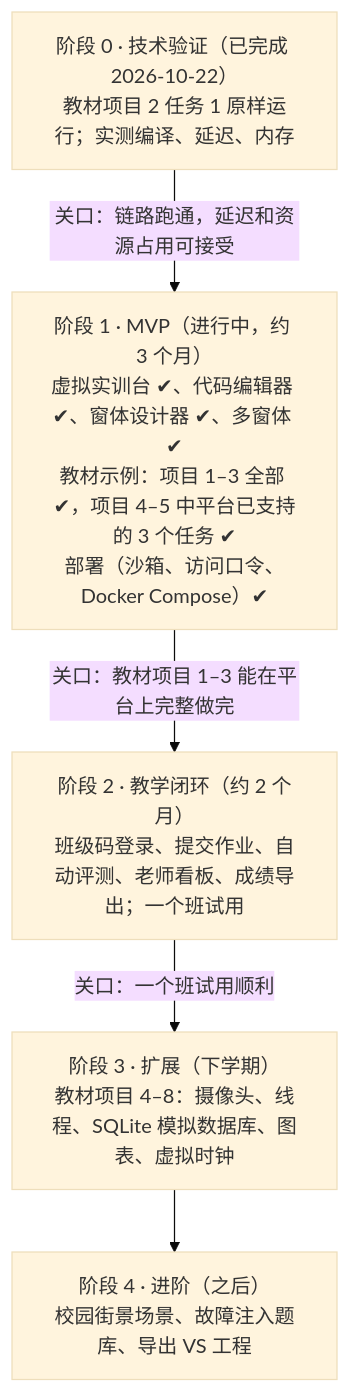
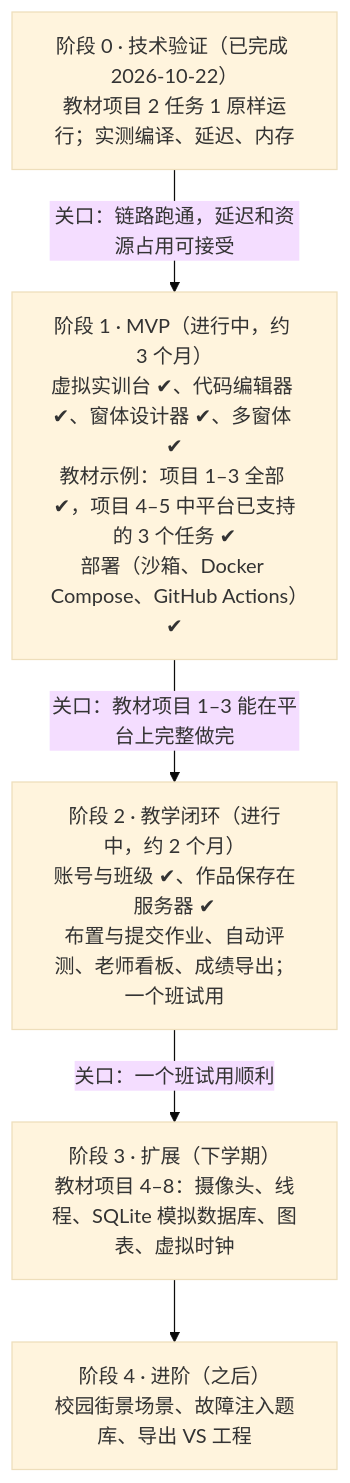
Before and after one commit to yuetsh/IOT_SIM: the second of 2 diagrams in docs/设计方案.md, drawn with Mermaid (base theme). The commit also changed other lines of this file and 30 other files, not shown here.

First line of the commit message:
第 2 阶段：账号与班级，作品保存在服务器

````diff
--- a/docs/设计方案.md
+++ b/docs/设计方案.md
@@ -230,12 +233,12 @@
 ```mermaid
 flowchart TB
   P0["阶段 0 · 技术验证（已完成 2026-10-22）<br/>教材项目 2 任务 1 原样运行；实测编译、延迟、内存"]
-  P1["阶段 1 · MVP（进行中，约 3 个月）<br/>虚拟实训台 ✔、代码编辑器 ✔、窗体设计器 ✔、多窗体 ✔<br/>教材示例：项目 1–3 全部 ✔，项目 4–5 中平台已支持的 3 个任务 ✔<br/>部署（沙箱、访问口令、Docker Compose）✔"]
-  P2["阶段 2 · 教学闭环（约 2 个月）<br/>班级码登录、提交作业、自动评测、老师看板、成绩导出；一个班试用"]
+  P1["阶段 1 · MVP（进行中，约 3 个月）<br/>虚拟实训台 ✔、代码编辑器 ✔、窗体设计器 ✔、多窗体 ✔<br/>教材示例：项目 1–3 全部 ✔，项目 4–5 中平台已支持的 3 个任务 ✔<br/>部署（沙箱、Docker Compose、GitHub Actions）✔"]
+  P2["阶段 2 · 教学闭环（进行中，约 2 个月）<br/>账号与班级 ✔、作品保存在服务器 ✔<br/>布置与提交作业、自动评测、老师看板、成绩导出；一个班试用"]
   P3["阶段 3 · 扩展（下学期）<br/>教材项目 4–8：摄像头、线程、SQLite 模拟数据库、图表、虚拟时钟"]
   P4["阶段 4 · 进阶（之后）<br/>校园街景场景、故障注入题库、导出 VS 工程"]
   P0 -->|"关口：链路跑通，延迟和资源占用可接受"| P1
   P1 -->|"关口：教材项目 1–3 能在平台上完整做完"| P2
   P2 -->|"关口：一个班试用顺利"| P3
   P3 --> P4
 ```
````
